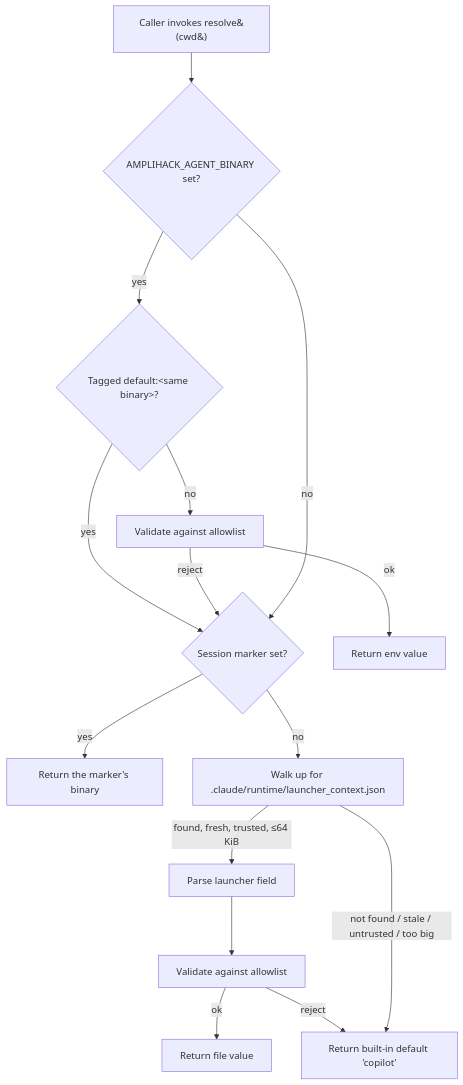
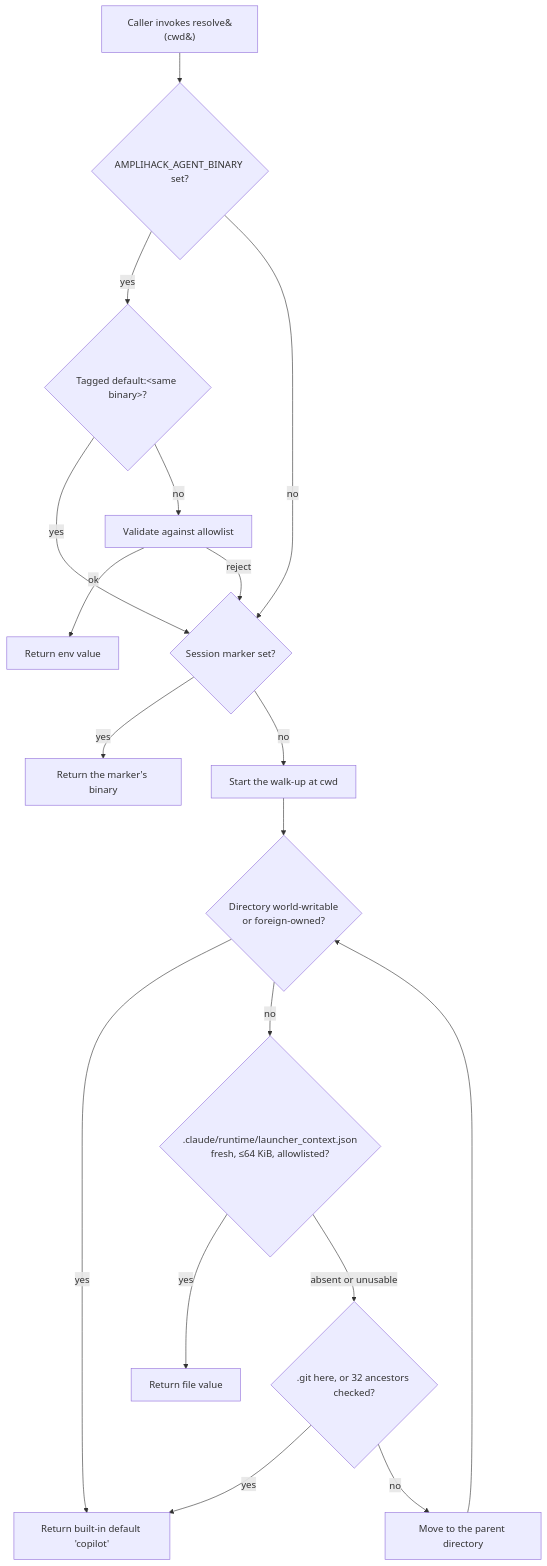
One commit to rysweet/amplihack-rs changed the first of 2 diagrams in docs/concepts/agent-binary-routing.md. Above: the diagram before and after it, drawn with Mermaid. The commit also changed other lines of this file and 4 other files, not shown here.

````diff
--- a/docs/concepts/agent-binary-routing.md
+++ b/docs/concepts/agent-binary-routing.md
@@ -54,17 +54,19 @@
 ```mermaid
 flowchart TD
     A[Caller invokes resolve&#40;cwd&#41;] --> B{AMPLIHACK_AGENT_BINARY set?}
     B -- yes --> T{Tagged default:&lt;same binary&gt;?}
     T -- yes --> M
     T -- no --> V1[Validate against allowlist]
     V1 -- ok --> R1[Return env value]
     V1 -- reject --> M
     B -- no --> M{Session marker set?}
     M -- yes --> R2[Return the marker's binary]
-    M -- no --> L1[Walk up for .claude/runtime/launcher_context.json]
-    L1 -- found, fresh, trusted, ≤64 KiB --> P[Parse launcher field]
-    P --> V2[Validate against allowlist]
-    V2 -- ok --> R3[Return file value]
-    V2 -- reject --> D
-    L1 -- not found / stale / untrusted / too big --> D[Return built-in default 'copilot']
+    M -- no --> L1[Start the walk-up at cwd]
+    L1 --> U{Directory world-writable<br/>or foreign-owned?}
+    U -- yes --> D
+    U -- no --> F{.claude/runtime/launcher_context.json<br/>fresh, ≤64 KiB, allowlisted?}
+    F -- yes --> R3[Return file value]
+    F -- absent or unusable --> G{.git here, or 32 ancestors checked?}
+    G -- yes --> D[Return built-in default 'copilot']
+    G -- no --> L2[Move to the parent directory] --> U
 ```
````
